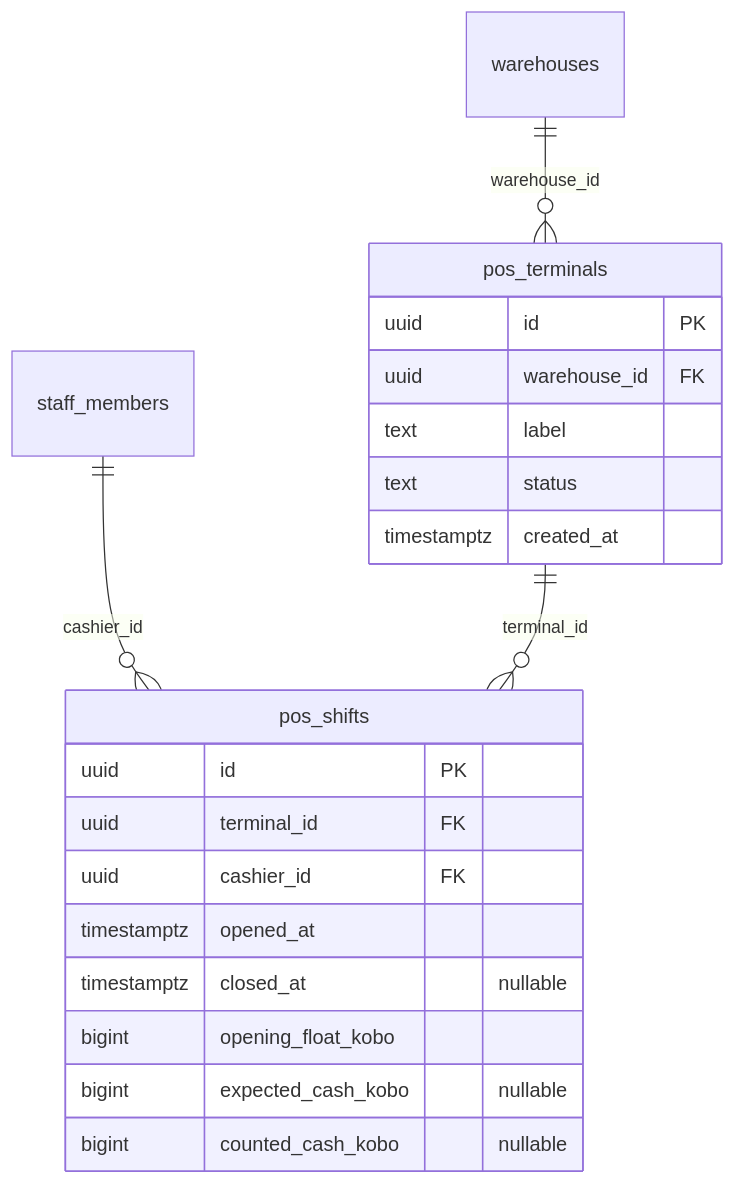
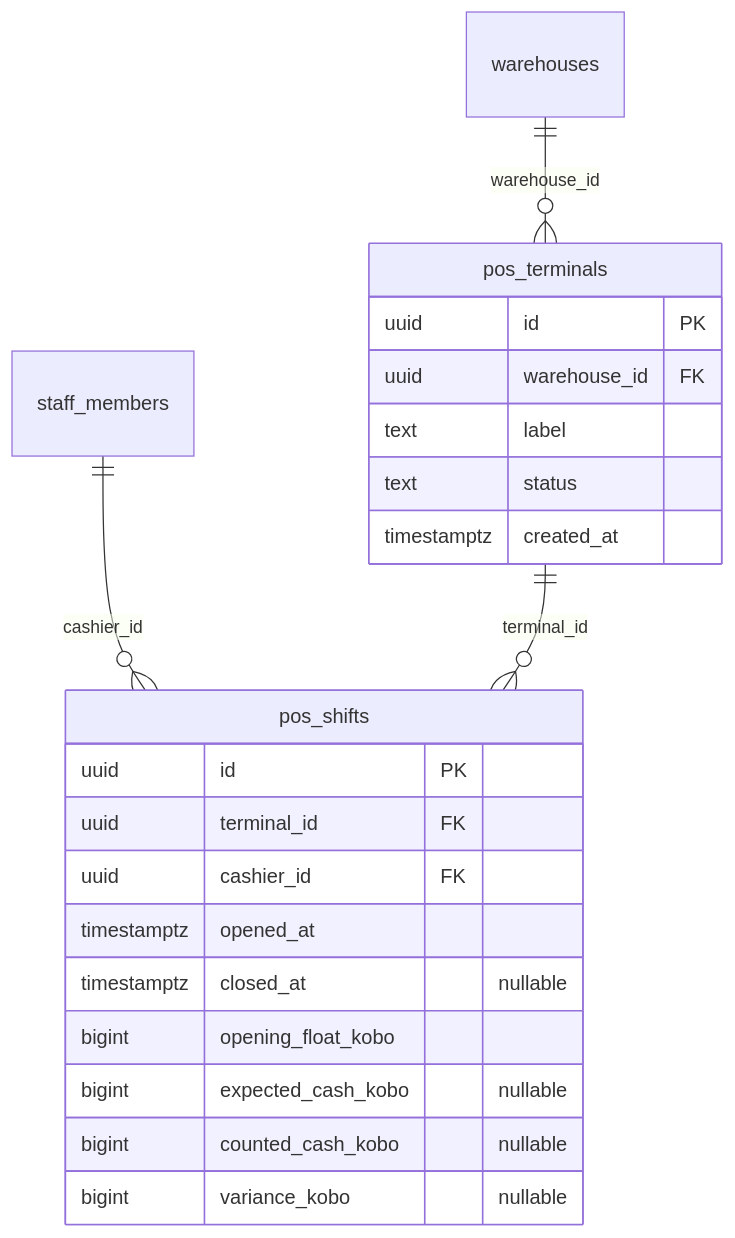
One commit to dprince-03/TechShop changed the eighth of 23 diagrams in docs/database/erd.md. Above: the diagram before and after it, drawn with Mermaid. The commit also changed other lines of this file and 275 other files, not shown here.

````diff
--- a/docs/database/erd.md
+++ b/docs/database/erd.md
@@ -579,23 +1060,24 @@
 ```mermaid
 erDiagram
   pos_shifts {
     uuid id PK
     uuid terminal_id FK
     uuid cashier_id FK
     timestamptz opened_at
     timestamptz closed_at "nullable"
     bigint opening_float_kobo
     bigint expected_cash_kobo "nullable"
     bigint counted_cash_kobo "nullable"
+    bigint variance_kobo "nullable"
   }
   pos_terminals {
     uuid id PK
     uuid warehouse_id FK
     text label
     text status
     timestamptz created_at
   }
   staff_members ||--o{ pos_shifts : "cashier_id"
   pos_terminals ||--o{ pos_shifts : "terminal_id"
   warehouses ||--o{ pos_terminals : "warehouse_id"
 ```
````
